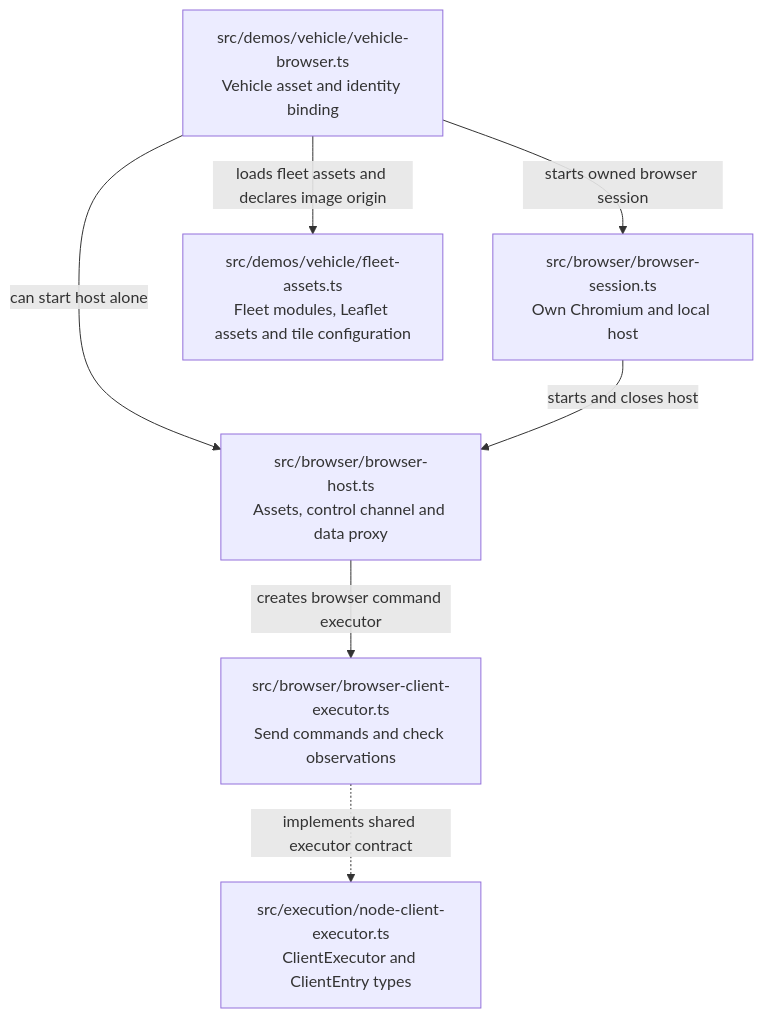
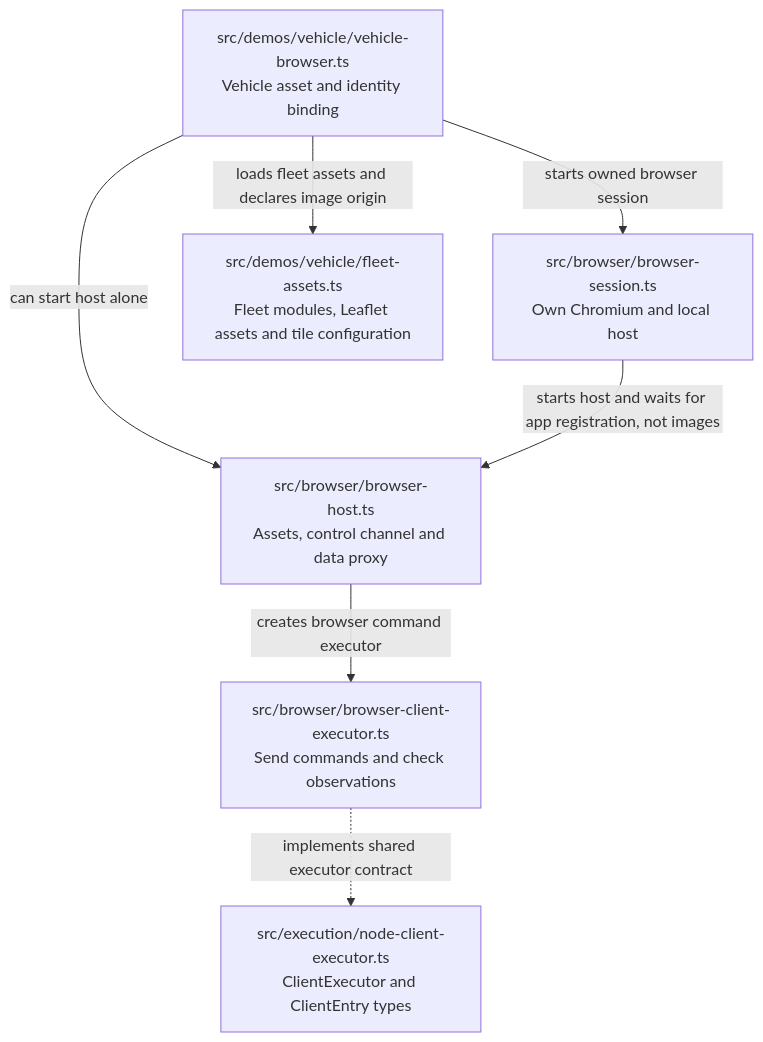
The fifth of 6 diagrams in incubator/workbench/docs/source-map.md (sproates/zooglass), drawn with Mermaid before and after one commit. The commit also changed other lines of this file and 18 other files, not shown here.

````diff
--- a/incubator/workbench/docs/source-map.md
+++ b/incubator/workbench/docs/source-map.md
@@ -216,15 +216,15 @@
 ```mermaid
 flowchart TB
   vehicle["src/demos/vehicle/vehicle-browser.ts<br/>Vehicle asset and identity binding"]
   session["src/browser/browser-session.ts<br/>Own Chromium and local host"]
   host["src/browser/browser-host.ts<br/>Assets, control channel and data proxy"]
   executor["src/browser/browser-client-executor.ts<br/>Send commands and check observations"]
   contract["src/execution/node-client-executor.ts<br/>ClientExecutor and ClientEntry types"]
   fleetAssets["src/demos/vehicle/fleet-assets.ts<br/>Fleet modules, Leaflet assets and tile configuration"]
   vehicle -->|loads fleet assets and declares image origin| fleetAssets
   vehicle -->|starts owned browser session| session
   vehicle -->|can start host alone| host
-  session -->|starts and closes host| host
+  session -->|starts host and waits for app registration, not images| host
   host -->|creates browser command executor| executor
   executor -.->|implements shared executor contract| contract
 ```
````
